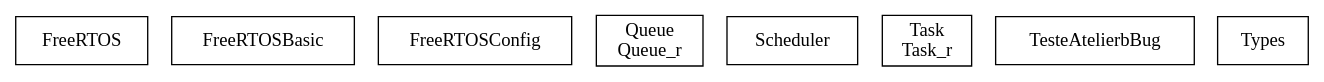
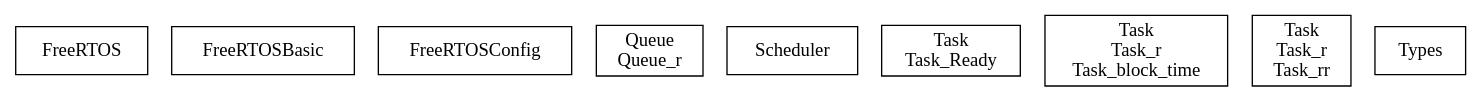
One commit to ismo1652/freertosb changed the diagram in FreeRTOS/bdp/FreeRTOS.dot. Above: the diagram before and after it, drawn with Graphviz. The commit also changed 44 other files, not shown here.

```diff
--- a/FreeRTOS/bdp/FreeRTOS.dot
+++ b/FreeRTOS/bdp/FreeRTOS.dot
@@ -1,11 +1,12 @@
 digraph {
 FreeRTOS [ label=" FreeRTOS " shape= box ]
 FreeRTOSBasic [ label=" FreeRTOSBasic " shape= box ]
 FreeRTOSConfig [ label=" FreeRTOSConfig " shape= box ]
 Queue_r [ label=" Queue\nQueue_r " shape= box ]
 Scheduler [ label=" Scheduler " shape= box ]
-Task_r [ label=" Task\nTask_r " shape= box ]
-TesteAtelierbBug [ label=" TesteAtelierbBug " shape= box ]
+Task_Ready [ label=" Task\nTask_Ready " shape= box ]
+Task_block_time [ label=" Task\nTask_r\nTask_block_time " shape= box ]
+Task_rr [ label=" Task\nTask_r\nTask_rr " shape= box ]
 Types [ label=" Types " shape= box ]
 
 }
```
